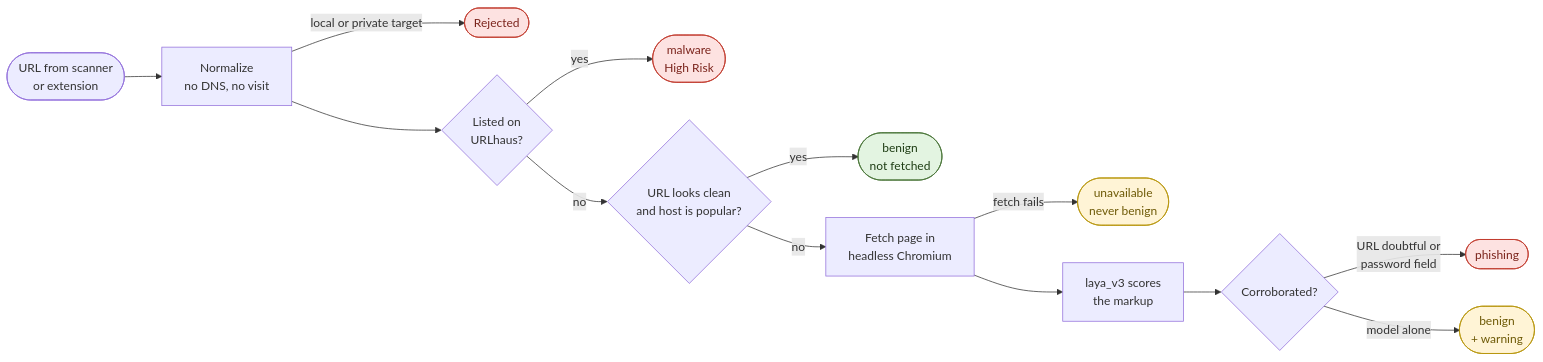
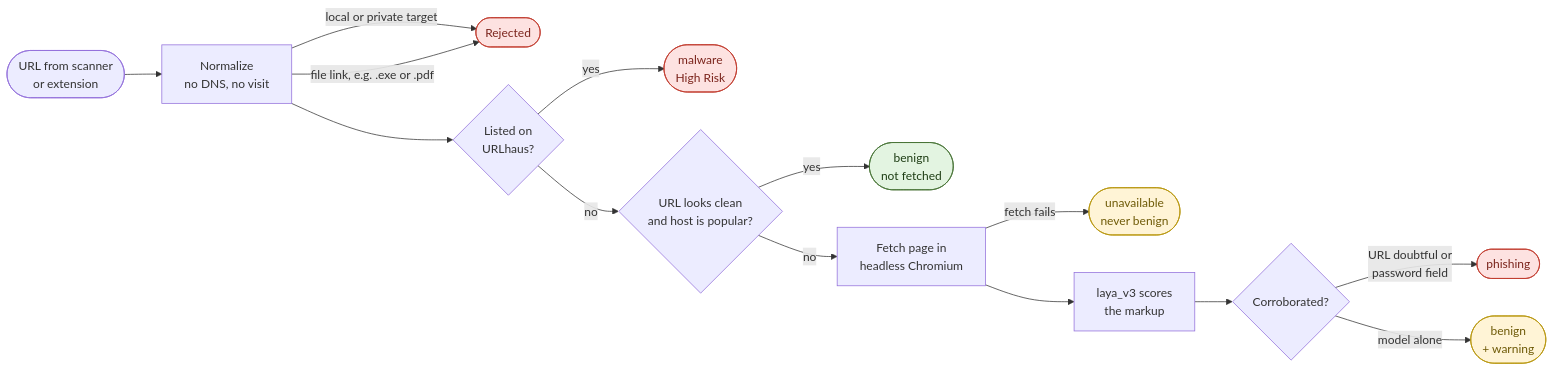
The first of 2 diagrams in README.md (juanariviano/Phisang), drawn with Mermaid before and after one commit. The commit also changed other lines of this file, not shown here.

````diff
--- a/README.md
+++ b/README.md
@@ -35,22 +37,23 @@
 ```mermaid
 flowchart LR
     A([URL from scanner<br/>or extension]) --> B[Normalize<br/>no DNS, no visit]
     B -->|local or private target| X([Rejected])
+    B -->|file link, e.g. .exe or .pdf| X
     B --> C{Listed on<br/>URLhaus?}
     C -->|yes| M([malware<br/>High Risk])
     C -->|no| D{URL looks clean<br/>and host is popular?}
     D -->|yes| S([benign<br/>not fetched])
     D -->|no| E[Fetch page in<br/>headless Chromium]
     E -->|fetch fails| U([unavailable<br/>never benign])
     E --> F[laya_v3 scores<br/>the markup]
     F --> G{Corroborated?}
     G -->|URL doubtful or<br/>password field| P([phishing])
     G -->|model alone| W([benign<br/>+ warning])
 
     classDef bad fill:#fde2e1,stroke:#c0392b,color:#7b241c
     classDef good fill:#e3f4e1,stroke:#467235,color:#1e3d14
     classDef meh fill:#fff4d6,stroke:#b7950b,color:#6e5a07
     class M,P,X bad
     class S good
     class U,W meh
 ```
````
